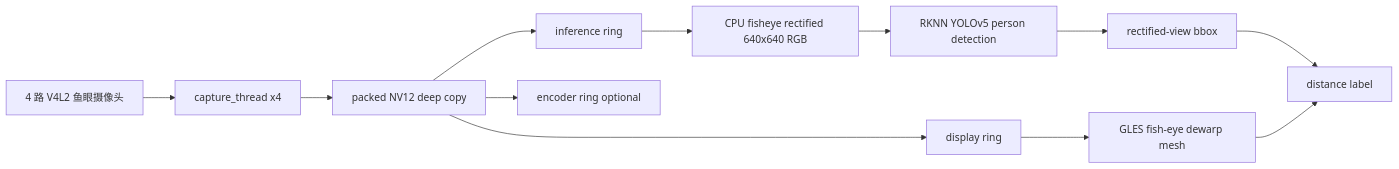
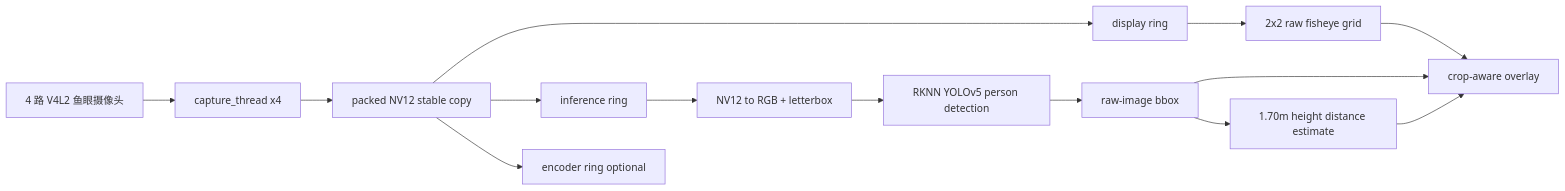
One commit to RRNLab0819/rk3568_video changed the diagram in README.md. Above: the diagram before and after it, drawn with Mermaid. The commit also changed other lines of this file and 2 other files, not shown here.

````diff
--- a/README.md
+++ b/README.md
@@ -102,14 +112,16 @@
 ```mermaid
 flowchart LR
     A["4 路 V4L2 鱼眼摄像头"] --> B["capture_thread x4"]
-    B --> C["packed NV12 deep copy"]
+    B --> C["packed NV12 stable copy"]
     C --> D["display ring"]
     C --> E["inference ring"]
     C --> F["encoder ring optional"]
-    D --> G["GLES fish-eye dewarp mesh"]
-    E --> H["CPU fisheye rectified 640x640 RGB"]
+    D --> G["2x2 raw fisheye grid"]
+    E --> H["NV12 to RGB + letterbox"]
     H --> I["RKNN YOLOv5 person detection"]
-    I --> J["rectified-view bbox"]
-    J --> K["distance label"]
+    I --> J["raw-image bbox"]
+    J --> K["crop-aware overlay"]
+    J --> L["1.70m height distance estimate"]
     G --> K
+    L --> K
 ```
````
